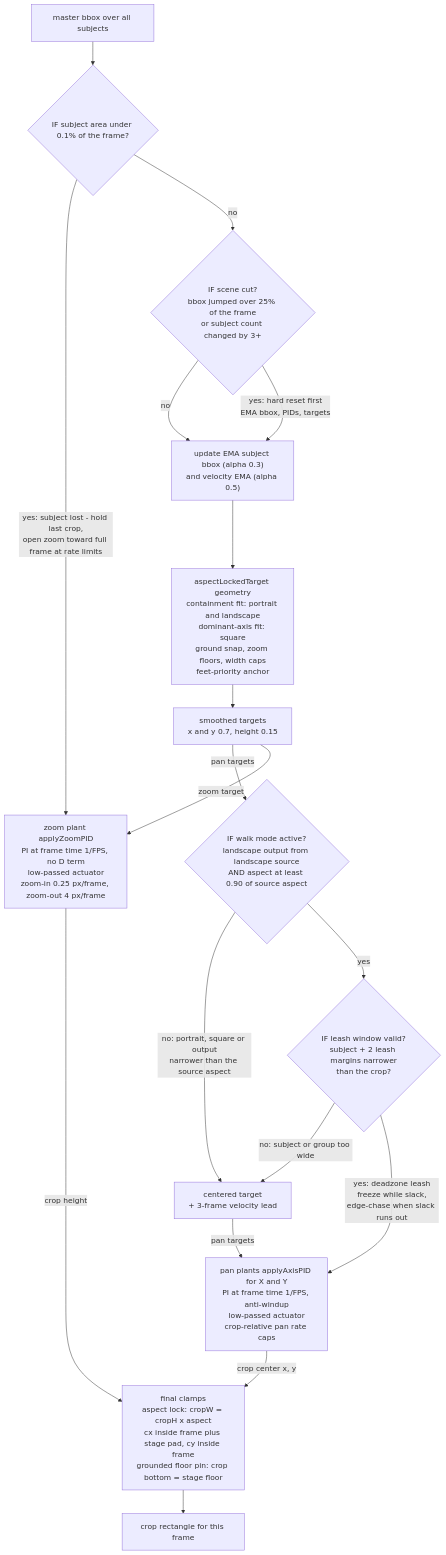
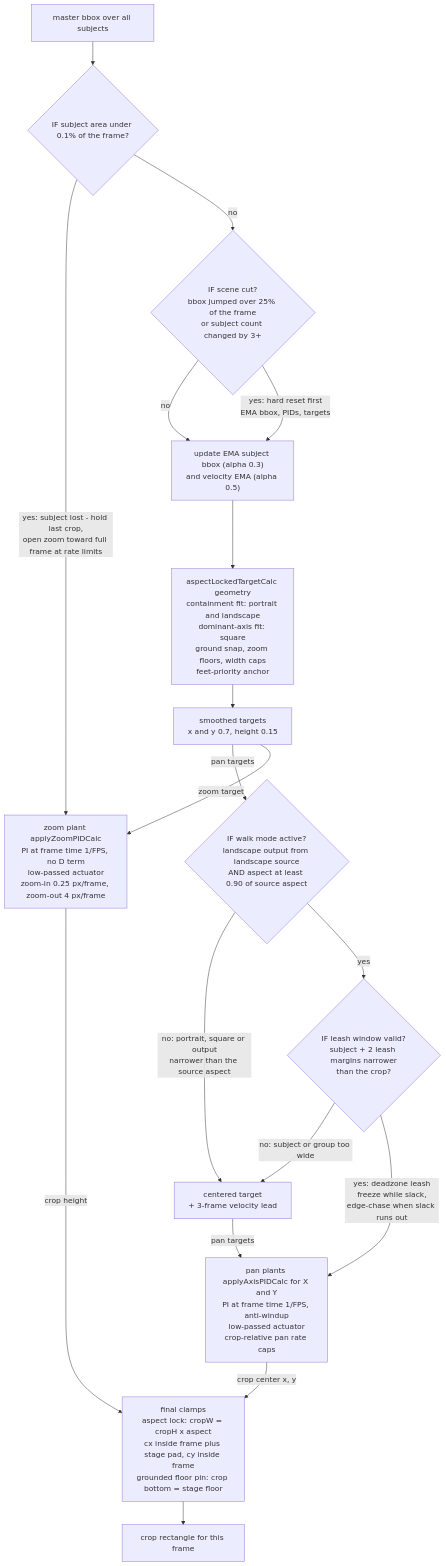
The second of 2 diagrams in README.md (Luigi-Pizzolito/TinyMikuServer), drawn with Mermaid before and after one commit. The commit also changed other lines of this file and 1 other file, not shown here.

````diff
--- a/README.md
+++ b/README.md
@@ -186,20 +188,20 @@
 ```mermaid
 flowchart TD
   BBOX["master bbox over all subjects"] --> LOST{"IF subject area under 0.1% of the frame?"}
-  LOST -- "yes: subject lost - hold last crop,<br/>open zoom toward full frame at rate limits" --> ZOOM["zoom plant applyZoomPID<br/>PI at frame time 1/FPS, no D term<br/>low-passed actuator<br/>zoom-in 0.25 px/frame, zoom-out 4 px/frame"]
+  LOST -- "yes: subject lost - hold last crop,<br/>open zoom toward full frame at rate limits" --> ZOOM["zoom plant applyZoomPIDCalc<br/>PI at frame time 1/FPS, no D term<br/>low-passed actuator<br/>zoom-in 0.25 px/frame, zoom-out 4 px/frame"]
   LOST -- "no" --> CUT{"IF scene cut?<br/>bbox jumped over 25% of the frame<br/>or subject count changed by 3+"}
   CUT -- "no" --> EMA["update EMA subject bbox (alpha 0.3)<br/>and velocity EMA (alpha 0.5)"]
   CUT -- "yes: hard reset first<br/>EMA bbox, PIDs, targets" --> EMA
-  EMA --> GEOM["aspectLockedTarget geometry<br/>containment fit: portrait and landscape<br/>dominant-axis fit: square<br/>ground snap, zoom floors, width caps<br/>feet-priority anchor"]
+  EMA --> GEOM["aspectLockedTargetCalc geometry<br/>containment fit: portrait and landscape<br/>dominant-axis fit: square<br/>ground snap, zoom floors, width caps<br/>feet-priority anchor"]
   GEOM --> TGT["smoothed targets<br/>x and y 0.7, height 0.15"]
   TGT -- "pan targets" --> GATE{"IF walk mode active?<br/>landscape output from landscape source<br/>AND aspect at least 0.90 of source aspect"}
   TGT -- "zoom target" --> ZOOM
   GATE -- "no: portrait, square or output<br/>narrower than the source aspect" --> CENTER["centered target<br/>+ 3-frame velocity lead"]
   GATE -- "yes" --> LEASH{"IF leash window valid?<br/>subject + 2 leash margins narrower<br/>than the crop?"}
   LEASH -- "no: subject or group too wide" --> CENTER
-  LEASH -- "yes: deadzone leash<br/>freeze while slack,<br/>edge-chase when slack runs out" --> PAN["pan plants applyAxisPID for X and Y<br/>PI at frame time 1/FPS, anti-windup<br/>low-passed actuator<br/>crop-relative pan rate caps"]
+  LEASH -- "yes: deadzone leash<br/>freeze while slack,<br/>edge-chase when slack runs out" --> PAN["pan plants applyAxisPIDCalc for X and Y<br/>PI at frame time 1/FPS, anti-windup<br/>low-passed actuator<br/>crop-relative pan rate caps"]
   CENTER -- "pan targets" --> PAN
   PAN -- "crop center x, y" --> CLAMP["final clamps<br/>aspect lock: cropW = cropH x aspect<br/>cx inside frame plus stage pad, cy inside frame<br/>grounded floor pin: crop bottom = stage floor"]
   ZOOM -- "crop height" --> CLAMP
   CLAMP --> RECT["crop rectangle for this frame"]
 ```
````
